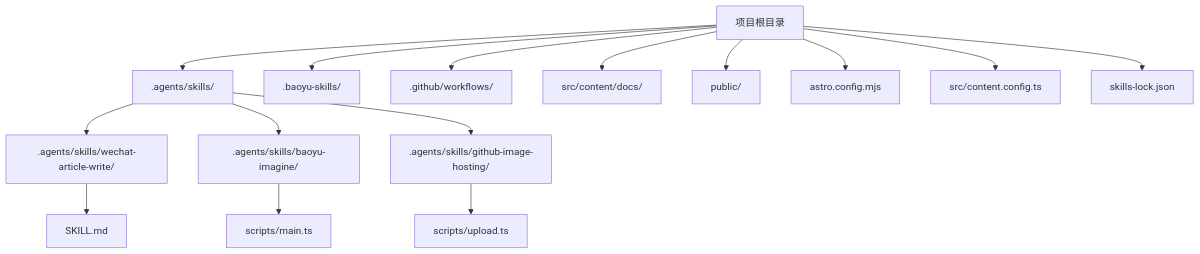
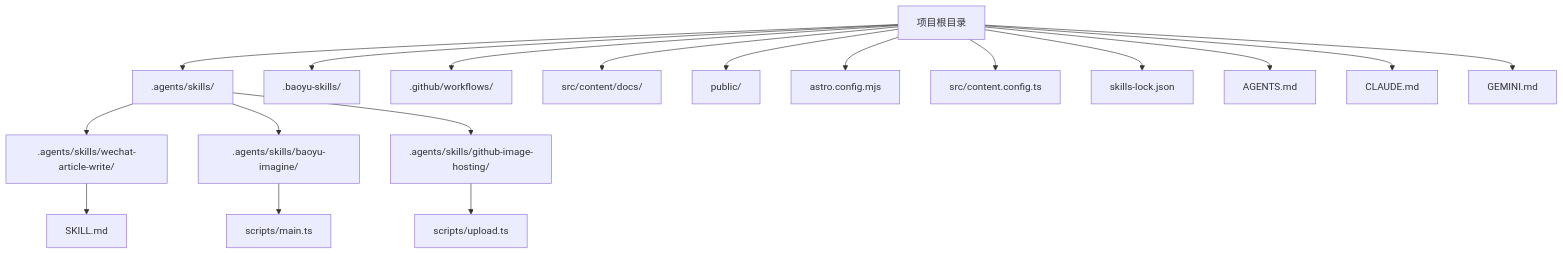
Before and after one commit to NTLx/ntlx.github.io: the first of 7 diagrams in .qoder/repowiki/zh/content/项目概述.md, drawn with Mermaid. The commit also changed other lines of this file and 7 other files, not shown here.

````diff
--- a/.qoder/repowiki/zh/content/项目概述.md
+++ b/.qoder/repowiki/zh/content/项目概述.md
@@ -67,17 +84,20 @@
 ```mermaid
 graph TB
 A["项目根目录"] --> B[".agents/skills/"]
 A --> C[".baoyu-skills/"]
 A --> D[".github/workflows/"]
 A --> E["src/content/docs/"]
 A --> F["public/"]
 A --> G["astro.config.mjs"]
 A --> H["src/content.config.ts"]
 A --> I["skills-lock.json"]
+A --> J["AGENTS.md"]
+A --> K["CLAUDE.md"]
+A --> L["GEMINI.md"]
 B --> B1[".agents/skills/wechat-article-write/"]
 B --> B2[".agents/skills/baoyu-imagine/"]
 B --> B3[".agents/skills/github-image-hosting/"]
 B1 --> B1a["SKILL.md"]
 B2 --> B2a["scripts/main.ts"]
 B3 --> B3a["scripts/upload.ts"]
 ```
````
